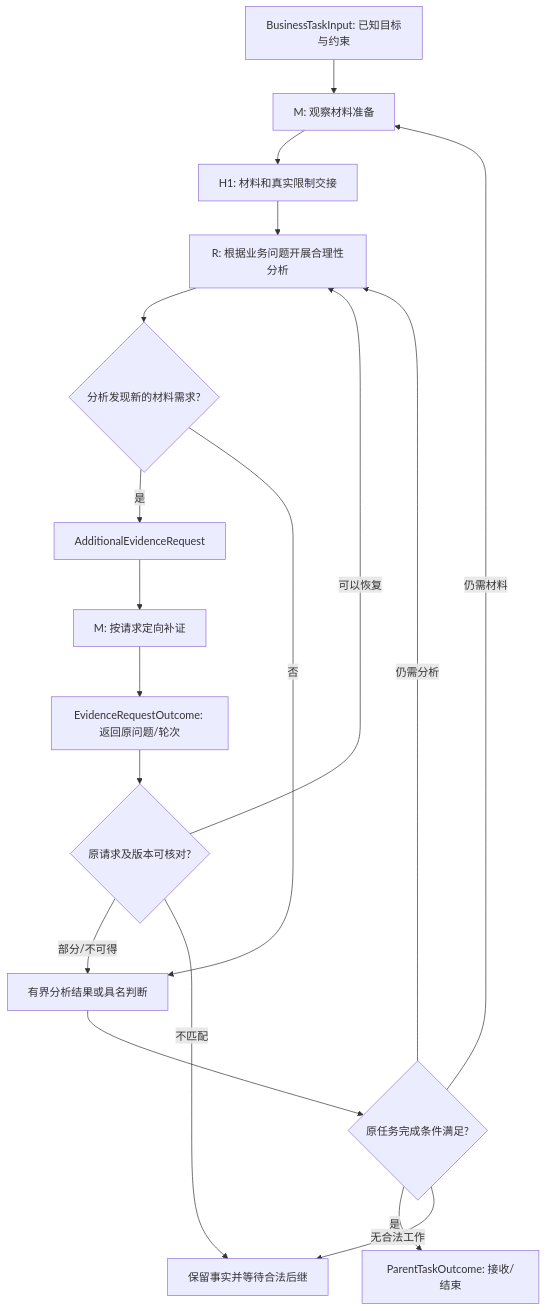
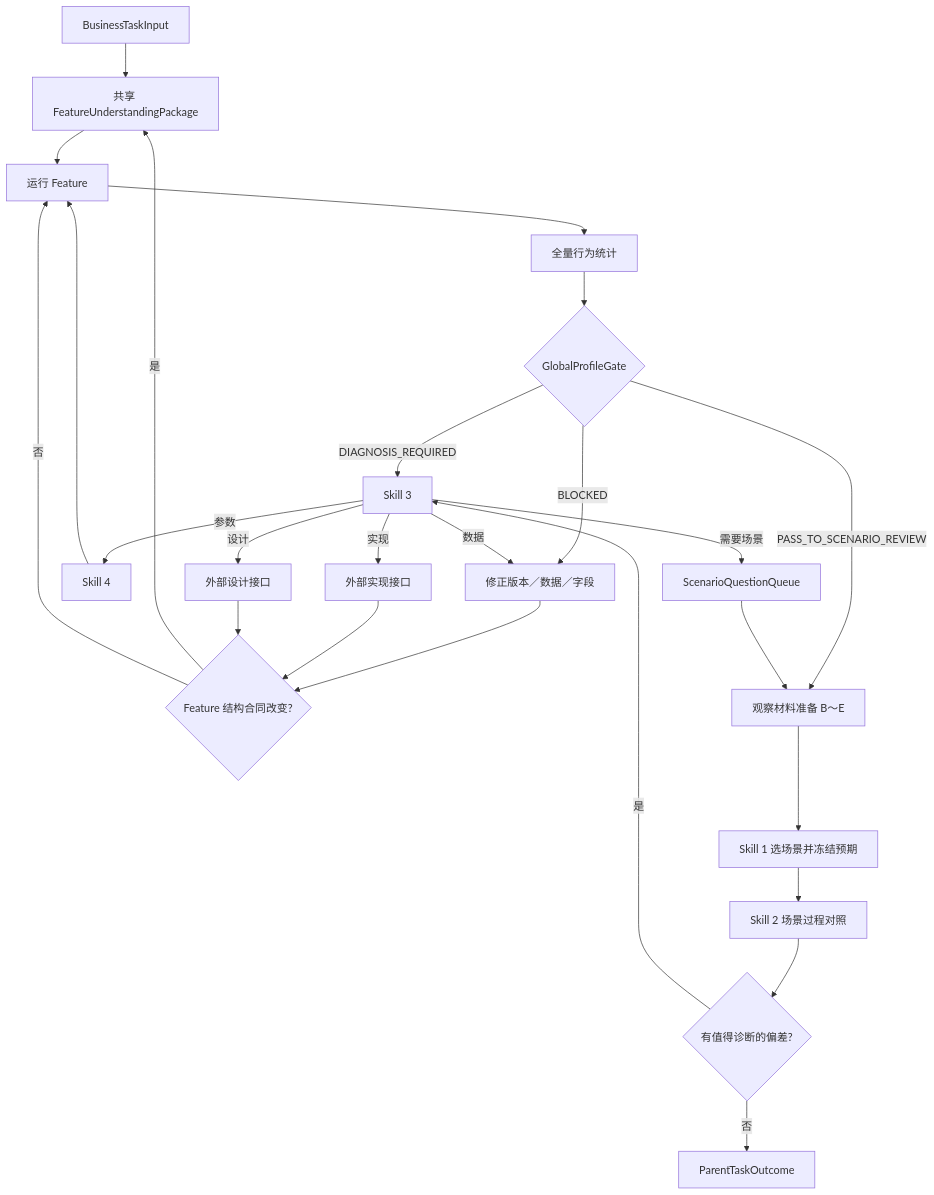
One commit to daowei2026/observe-iterate changed the diagram in control/01_L0_完整业务任务与双向衔接.md. Above: the diagram before and after it, drawn with Mermaid. The commit also changed other lines of this file, not shown here.

Commit message:
docs: align L0 task flow with serial reasonableness loop

````diff
--- a/control/01_L0_完整业务任务与双向衔接.md
+++ b/control/01_L0_完整业务任务与双向衔接.md
@@ -31,20 +106,30 @@
 ```mermaid
 flowchart TD
-  A[BusinessTaskInput: 已知目标与约束] --> B[M: 观察材料准备]
-  B --> C[H1: 材料和真实限制交接]
-  C --> D[R: 根据业务问题开展合理性分析]
-  D --> E{分析发现新的材料需求?}
-  E -- 是 --> G[AdditionalEvidenceRequest]
-  G --> B2[M: 按请求定向补证]
-  B2 --> H[EvidenceRequestOutcome: 返回原问题/轮次]
-  H --> X{原请求及版本可核对?}
-  X -- 可以恢复 --> D
-  X -- 部分/不可得 --> I[有界分析结果或具名判断]
-  X -- 不匹配 --> Z[保留事实并等待合法后继]
-  E -- 否 --> I
-  I --> J{原任务完成条件满足?}
-  J -- 是 --> K[ParentTaskOutcome: 接收/结束]
-  J -- 仍需材料 --> B
-  J -- 仍需分析 --> D
-  J -- 无合法工作 --> Z
+  I[BusinessTaskInput] --> U[共享 FeatureUnderstandingPackage]
+  U --> X[运行 Feature]
+  X --> G[全量行为统计]
+  G --> GG{GlobalProfileGate}
+
+  GG -->|BLOCKED| F[修正版本／数据／字段]
+  F --> C{Feature 结构合同改变?}
+  C -->|是| U
+  C -->|否| X
+
+  GG -->|DIAGNOSIS_REQUIRED| D[Skill 3]
+  D -->|参数| P[Skill 4]
+  D -->|实现| EI[外部实现接口]
+  D -->|设计| ED[外部设计接口]
+  D -->|数据| F
+  D -->|需要场景| Q[ScenarioQuestionQueue]
+  P --> X
+  EI --> C
+  ED --> C
+
+  GG -->|PASS_TO_SCENARIO_REVIEW| M[观察材料准备 B～E]
+  Q --> M
+  M --> S1[Skill 1 选场景并冻结预期]
+  S1 --> S2[Skill 2 场景过程对照]
+  S2 --> SD{有值得诊断的偏差?}
+  SD -->|是| D
+  SD -->|否| O[ParentTaskOutcome]
 ```
````
